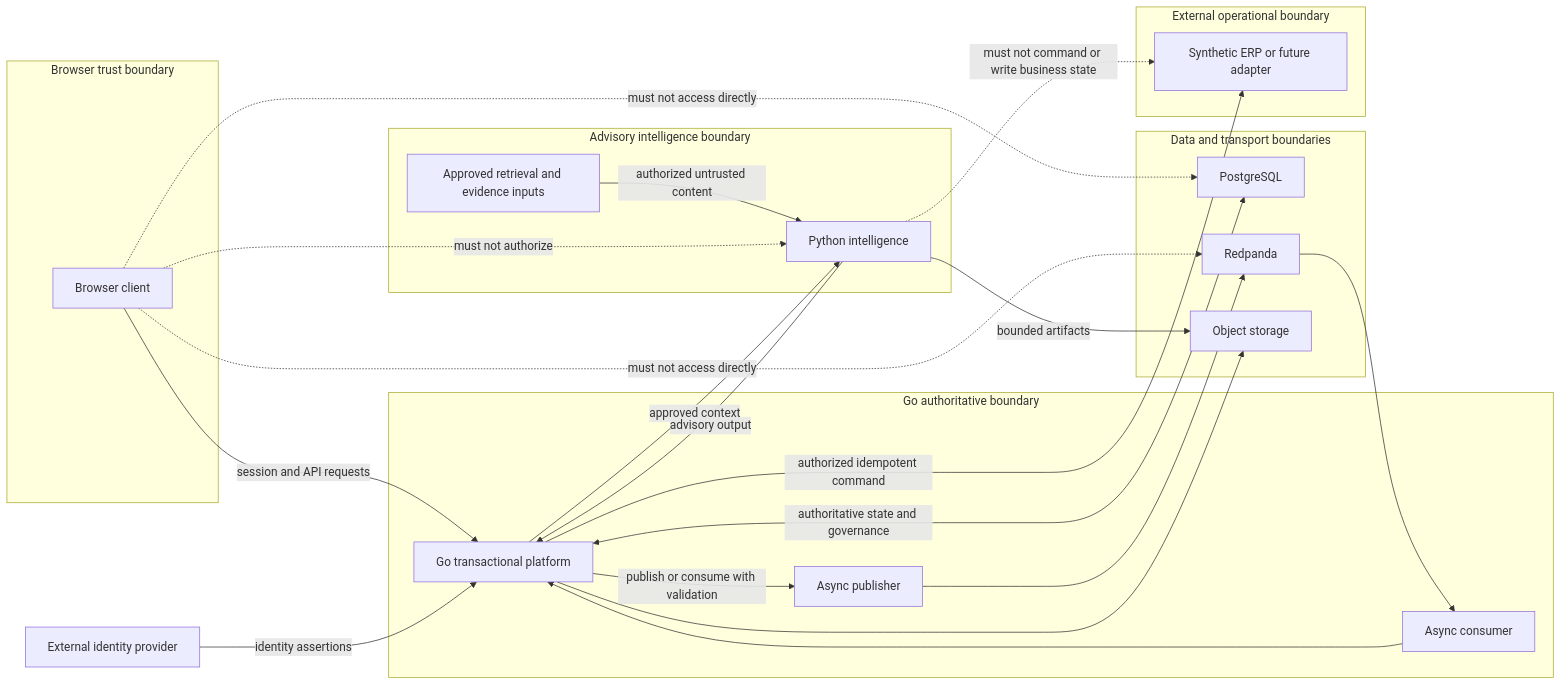
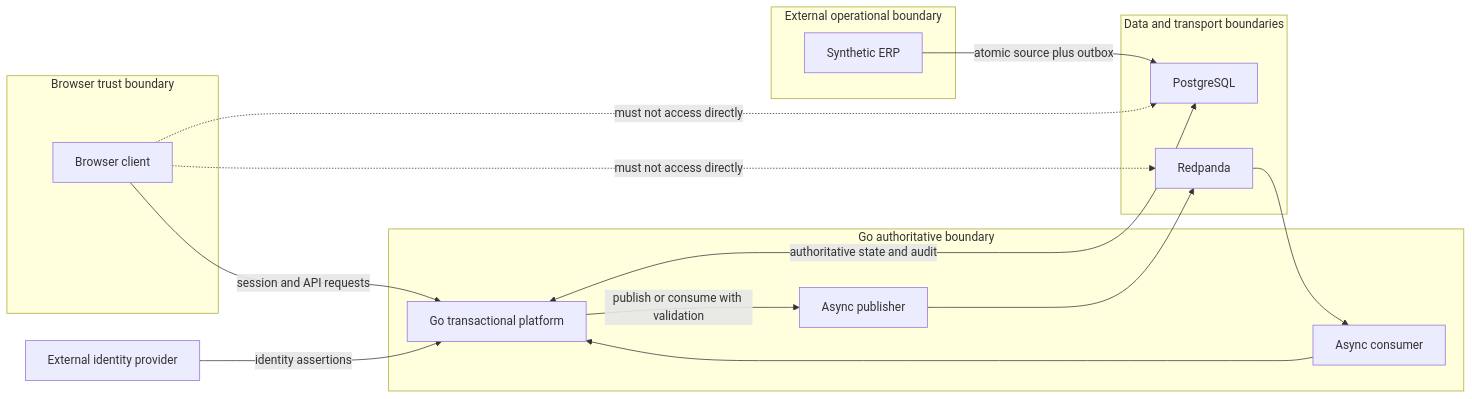
Before and after one commit to G1DO/seshatops: the diagram in docs/security/THREAT_MODEL.md, drawn with Mermaid. The commit also changed other lines of this file and 70 other files, not shown here.

```diff
--- a/docs/security/THREAT_MODEL.md
+++ b/docs/security/THREAT_MODEL.md
@@ -98,41 +106,29 @@
 ~~~mermaid
 flowchart LR
   subgraph browserBoundary["Browser trust boundary"]
     B["Browser client"]
   end
   subgraph goBoundary["Go authoritative boundary"]
     G["Go transactional platform"]
     PUB["Async publisher"]
     CON["Async consumer"]
   end
   subgraph dataBoundary["Data and transport boundaries"]
     PG["PostgreSQL"]
     BUS["Redpanda"]
-    OBJ["Object storage"]
-  end
-  subgraph intelligenceBoundary["Advisory intelligence boundary"]
-    PY["Python intelligence"]
-    RET["Approved retrieval and evidence inputs"]
   end
   subgraph externalBoundary["External operational boundary"]
-    ERP["Synthetic ERP or future adapter"]
+    ERP["Synthetic ERP"]
   end
   IDP["External identity provider"]
   B -->|"session and API requests"| G
   IDP -->|"identity assertions"| G
-  G <-->|"authoritative state and governance"| PG
+  G <-->|"authoritative state and audit"| PG
   G -->|"publish or consume with validation"| PUB
   PUB --> BUS
   BUS --> CON
   CON --> G
-  G -->|"approved context"| PY
-  RET -->|"authorized untrusted content"| PY
-  PY -->|"advisory output"| G
-  G --> OBJ
-  PY -->|"bounded artifacts"| OBJ
-  G -->|"authorized idempotent command"| ERP
-  B -.->|"must not authorize"| PY
-  PY -.->|"must not command or write business state"| ERP
+  ERP -->|"atomic source plus outbox"| PG
   B -.->|"must not access directly"| PG
   B -.->|"must not access directly"| BUS
 ~~~
```
